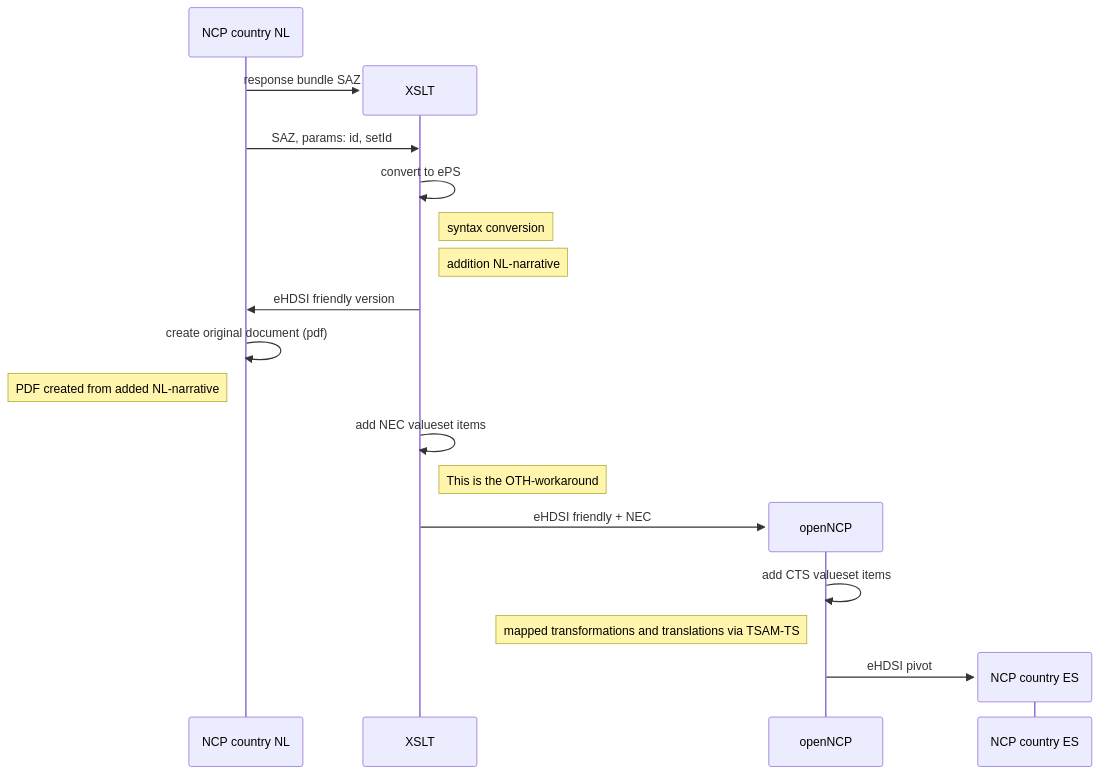
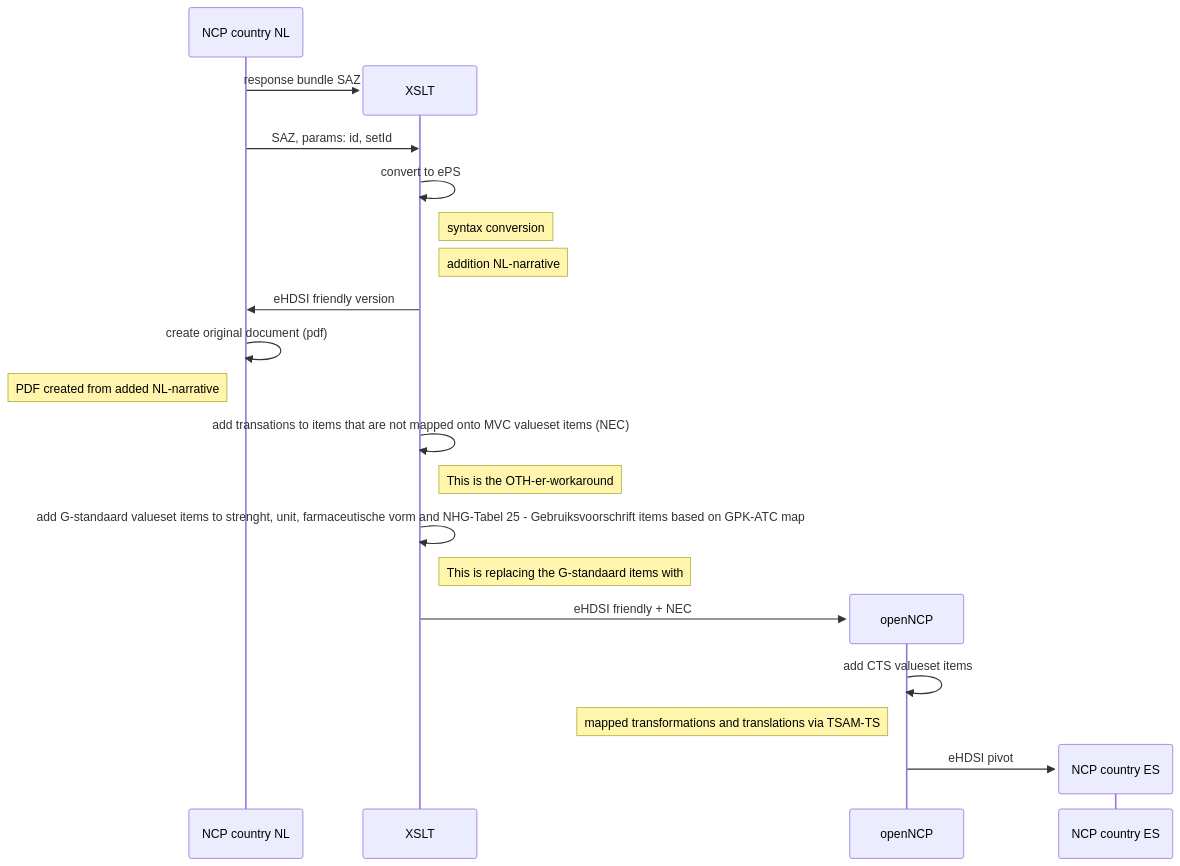
The diagram in nieuw.md (Nictiz/ncp-conversie), drawn with Mermaid before and after one commit.

Commit message:
Update nieuw.md
toevoeging g-standaard split

````diff
--- a/nieuw.md
+++ b/nieuw.md
@@ -2,29 +2,31 @@
 ```mermaid
 sequenceDiagram
 
   participant A as NCP country NL
  
 create participant XSLT
 
  
     A->>XSLT: response bundle SAZ
 
     A->>XSLT: SAZ, params: id, setId
   
     XSLT->>XSLT: convert to ePS
 Note right of XSLT: syntax conversion
 Note right of XSLT: addition NL-narrative
 
     XSLT->>A: eHDSI friendly version
     A->>A: create original document (pdf)
 Note left of A: PDF created from added NL-narrative
-    XSLT->>XSLT: add NEC valueset items
-Note right of XSLT: This is the OTH-workaround
+    XSLT->>XSLT: add transations to items that are not mapped onto MVC valueset items (NEC)
+Note right of XSLT: This is the OTH-er-workaround
+XSLT->>XSLT: add G-standaard valueset items to strenght, unit, farmaceutische vorm and NHG-Tabel 25 - Gebruiksvoorschrift items based on GPK-ATC map
+Note right of XSLT: This is replacing the G-standaard items with 
   create participant openNCP
     XSLT->>openNCP: eHDSI friendly + NEC 
    openNCP->>openNCP: add CTS valueset items
 Note left of openNCP: mapped transformations and translations via TSAM-TS
 create participant NCP country ES
     openNCP->> NCP country ES: eHDSI pivot
 
 ```
````
